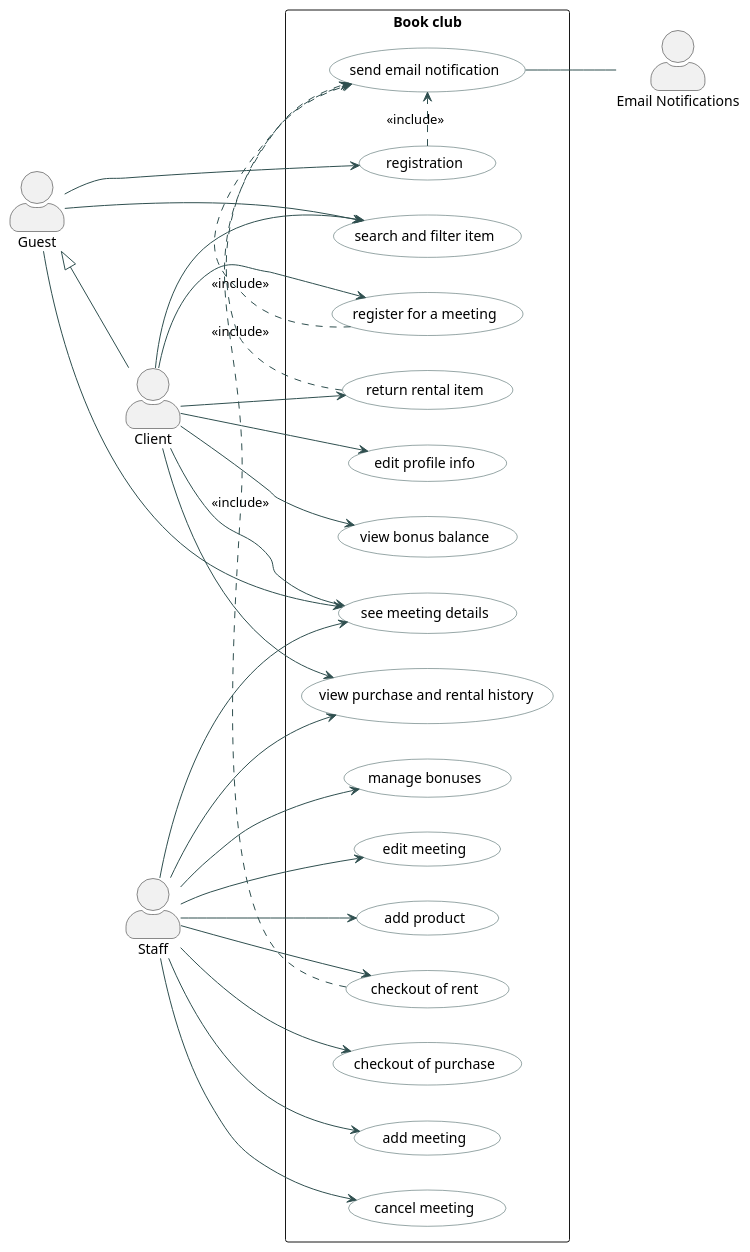
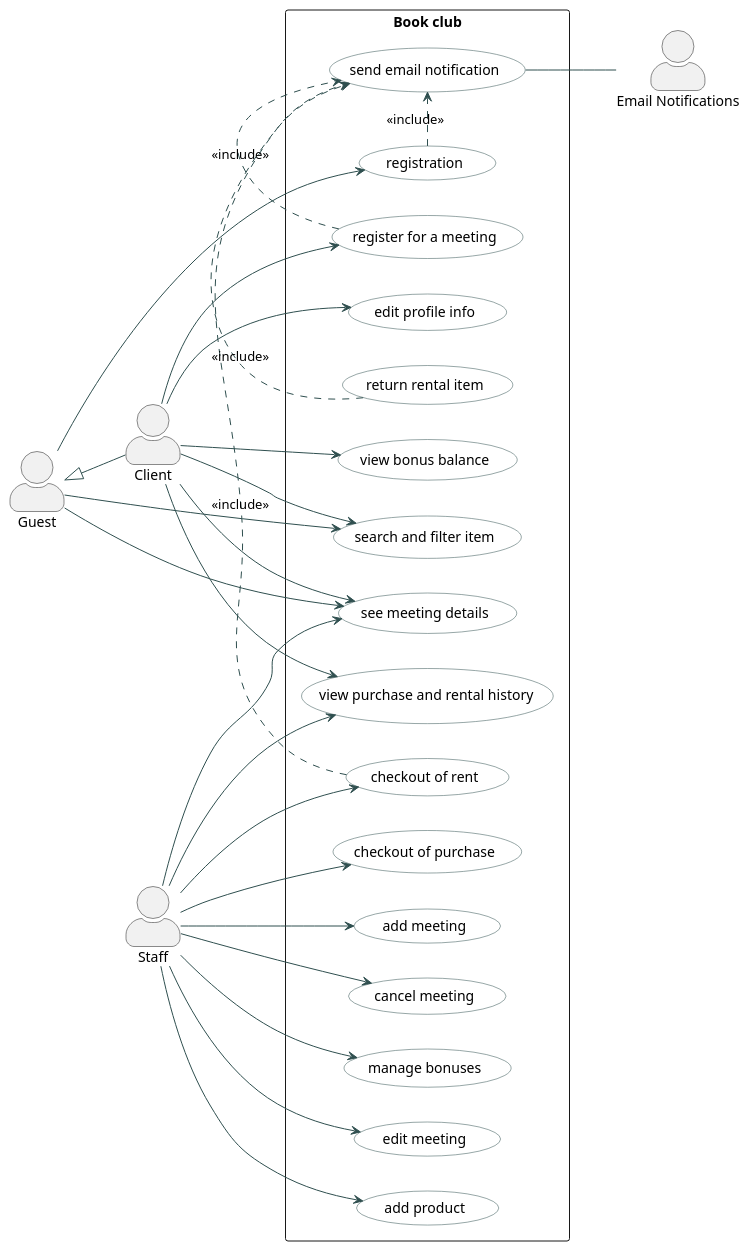
One commit to sofiakiosova37-boop/bookshop_kpi2 changed the diagram in task2/usecase.puml. Above: the diagram before and after it, drawn with PlantUML.

Commit message:
usecase edited (client conection with usecase)

```diff
--- a/task2/usecase.puml
+++ b/task2/usecase.puml
@@ -1,66 +1,65 @@
 @startuml
 left to right direction
 skinparam packageStyle rectangle
 skinparam actorStyle awesome
 skinparam usecase {
     BackgroundColor LightPurple
     BorderColor DarkSlateGray
     ArrowColor DarkSlateGray
 }
 
 actor "Guest" as Guest
 actor "Client" as Client
 actor "Staff" as Staff
 actor "Email Notifications" as EN
 
 Guest <|-- Client
 
 rectangle "Book club" {
     usecase "registration" as UC1
     usecase "checkout of purchase" as UC2
     usecase "checkout of rent" as UC3
     usecase "search and filter item" as UC4
     usecase "see meeting details" as UC5
     usecase "add meeting" as UC6
     usecase "cancel meeting" as UC7
     usecase "send email notification" as UC8
     usecase "manage bonuses" as UC9
     usecase "edit profile info" as UC10
     usecase "edit meeting" as UC11
     usecase "view purchase and rental history" as UC12
     usecase "register for a meeting" as UC13
     usecase "return rental item" as UC14
     usecase "add product" as UC15
     usecase "view bonus balance" as UC16
 }
 
 Guest --> UC1
 Guest --> UC4
 Guest --> UC5
 
 Client -->UC4
 Client -->UC5
 Client -->UC10
 Client -->UC12
 Client -->UC13
-Client -->UC14
 Client -->UC16
 
 Staff --> UC2
 Staff --> UC3
 Staff --> UC5
 Staff --> UC6
 Staff --> UC7
 Staff --> UC9
 Staff --> UC11
 Staff --> UC12
 Staff --> UC15
 
 UC8 --EN
 
 UC13 .> UC8 : <<include>>
 UC1 .> UC8 : <<include>>
 UC3 .> UC8 : <<include>>
 UC14 .> UC8 : <<include>>
 
 @enduml
```
